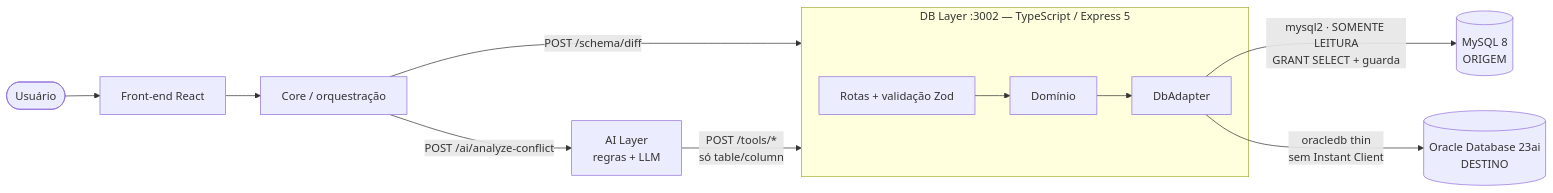
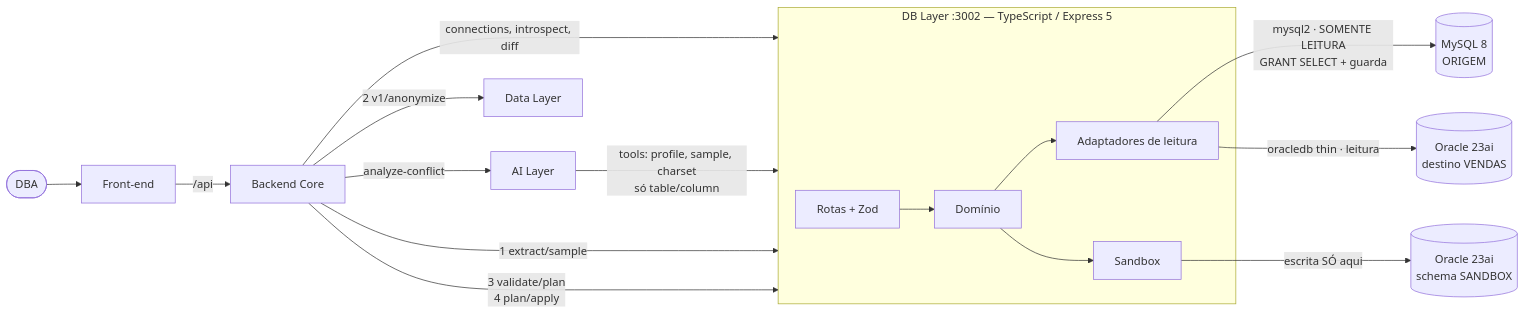
Before and after one commit to pedrolombardi/db-layer: the first of 2 diagrams in docs/ARQUITETURA.md, drawn with Mermaid. The commit also changed other lines of this file and 14 other files, not shown here.

````diff
--- a/docs/ARQUITETURA.md
+++ b/docs/ARQUITETURA.md
@@ -5,16 +5,21 @@
 ```mermaid
 flowchart LR
-  U([Usuário]) --> FE[Front-end React]
-  FE --> CORE[Core / orquestração]
-  CORE -->|POST /schema/diff| DBL
-  CORE -->|POST /ai/analyze-conflict| AI[AI Layer<br/>regras + LLM]
-  AI -->|POST /tools/*<br/>só table/column| DBL
+  U([DBA]) --> FE[Front-end]
+  FE -->|/api| CORE[Backend Core]
+  CORE -->|connections, introspect, diff| DBL
+  CORE -->|analyze-conflict| AI[AI Layer]
+  AI -->|tools: profile, sample, charset<br/>só table/column| DBL
+  CORE -->|1 extract/sample| DBL
+  CORE -->|2 v1/anonymize| DL[Data Layer]
+  CORE -->|3 validate/plan<br/>4 plan/apply| DBL
 
   subgraph DBL[DB Layer :3002 — TypeScript / Express 5]
-    R[Rotas + validação Zod] --> D[Domínio]
-    D --> A[DbAdapter]
+    R[Rotas + Zod] --> D[Domínio]
+    D --> A[Adaptadores de leitura]
+    D --> S[Sandbox]
   end
 
   A -->|mysql2 · SOMENTE LEITURA<br/>GRANT SELECT + guarda| SRC[(MySQL 8<br/>ORIGEM)]
-  A -->|oracledb thin<br/>sem Instant Client| TGT[(Oracle Database 23ai<br/>DESTINO)]
+  A -->|oracledb thin · leitura| TGT[(Oracle 23ai<br/>destino VENDAS)]
+  S -->|escrita SÓ aqui| SBX[(Oracle 23ai<br/>schema SANDBOX)]
 ```
````
